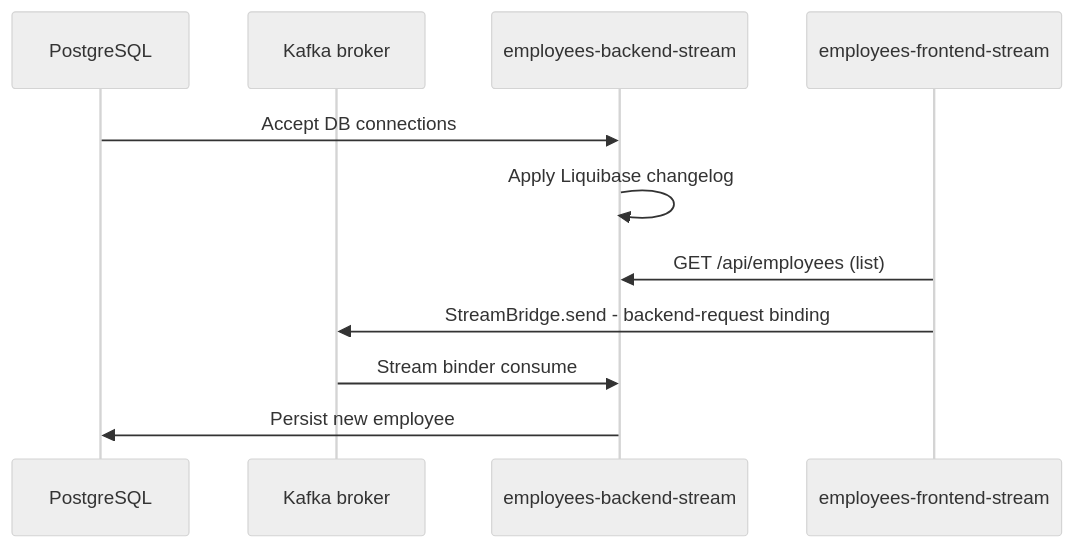
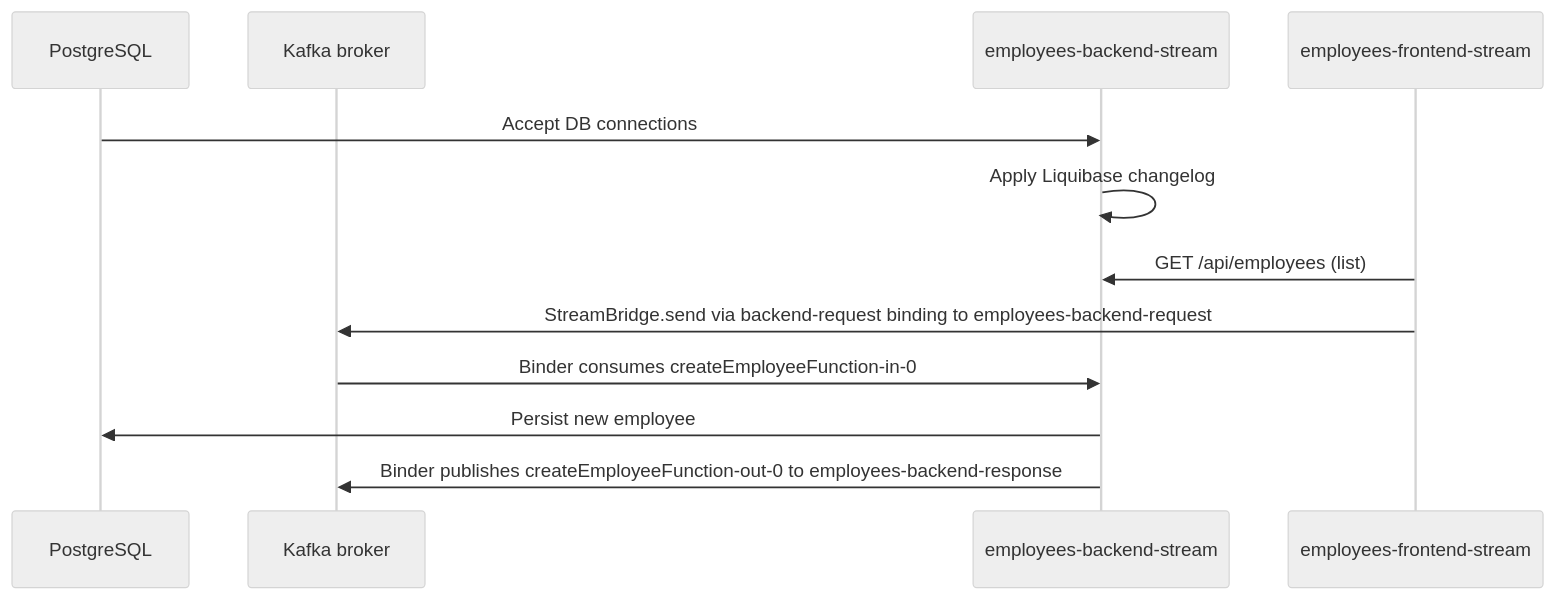
Before and after one commit to CSonTi04/javax-sc-2026-05-06: the eighth of 9 diagrams in README.md, drawn with Mermaid (neutral theme). The commit also changed other lines of this file, not shown here.

Commit message:
feat: update README to include Stream plus Avro pair and clarify Kafka interactions

````diff
--- a/README.md
+++ b/README.md
@@ -250,14 +267,15 @@
 ```mermaid
 sequenceDiagram
     participant DB as PostgreSQL
     participant K as Kafka broker
     participant BES as employees-backend-stream
     participant FES as employees-frontend-stream
 
     DB->>BES: Accept DB connections
     BES->>BES: Apply Liquibase changelog
     FES->>BES: GET /api/employees (list)
-    FES->>K: StreamBridge.send - backend-request binding
-    K->>BES: Stream binder consume
+    FES->>K: StreamBridge.send via backend-request binding to employees-backend-request
+    K->>BES: Binder consumes createEmployeeFunction-in-0
     BES->>DB: Persist new employee
+    BES->>K: Binder publishes createEmployeeFunction-out-0 to employees-backend-response
 ```
````
